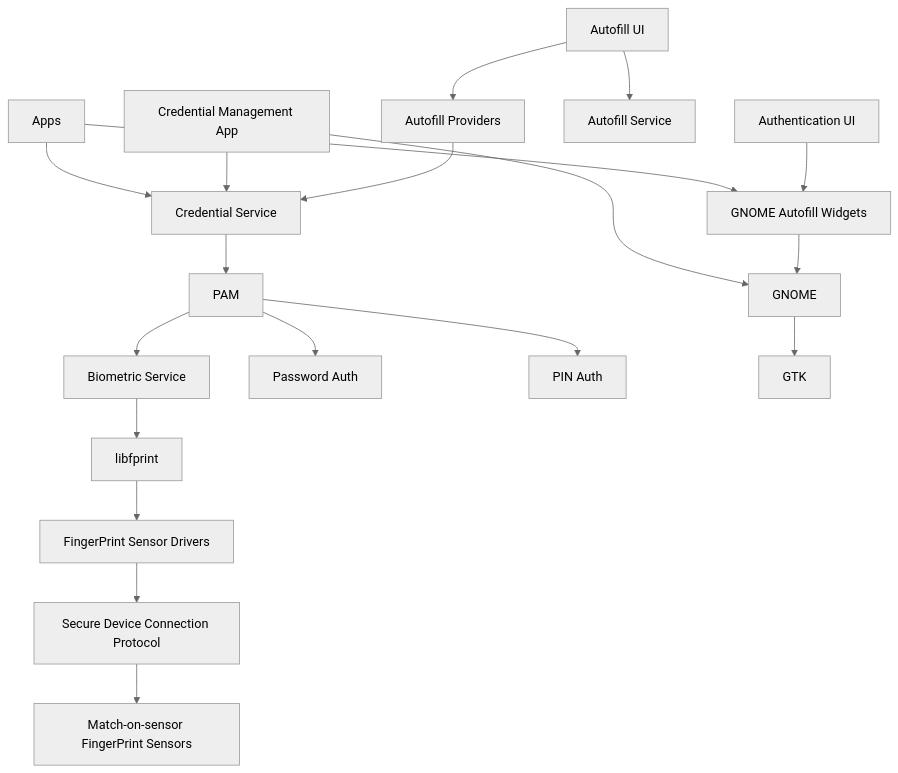
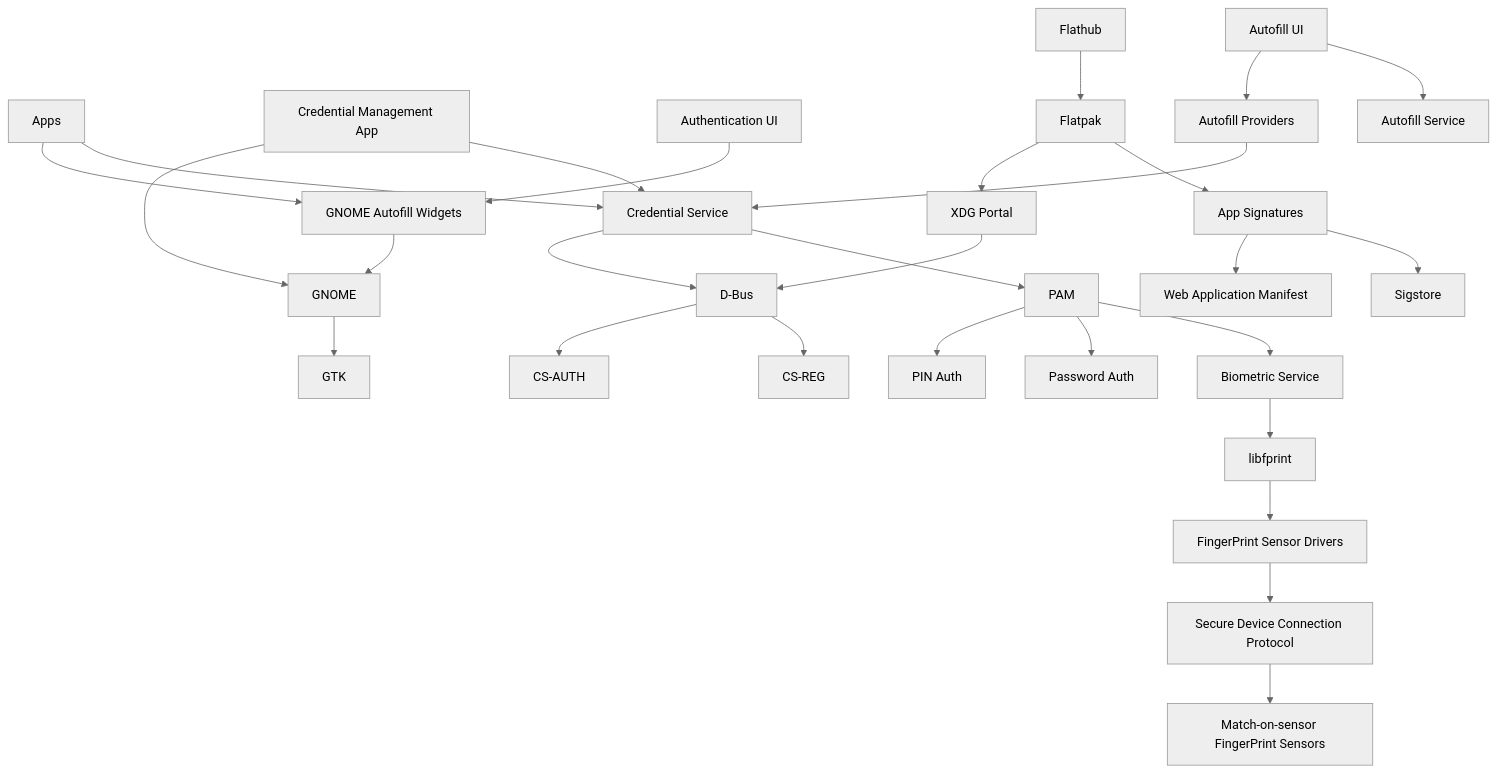
The diagram in ecosystem.md (iinuwa/linux-webauthn-platform-api), drawn with Mermaid (neutral theme) before and after one commit. The commit also changed 1 other file, not shown here.

Commit message:
more docs

````diff
--- a/ecosystem.md
+++ b/ecosystem.md
@@ -1,46 +1,64 @@
 ```mermaid
 graph
   Apps;
   CS[Credential Service];
   CMA[Credential Management App];
 
   AuthUI[Authentication UI];
 
   AFS[Autofill Service];
   AFP[Autofill Providers];
   AFUI[Autofill UI];
 
   FPD[FingerPrint Sensor Drivers]
   SDCP[Secure Device Connection Protocol];
   FPS[Match-on-sensor FingerPrint Sensors];
   BIO[Biometric Service];
   PAM;
   GNOME-AFW[GNOME Autofill Widgets];
 
   PWAuth[Password Auth]
   PinAuth[PIN Auth]
+  Flatpak;
+  Flathub;
+  SIGN[App Signatures];
+  Sigstore;
+  WAF[Web Application Manifest];
+
+  XDGP[XDG Portal];
+  DBUS[D-Bus];
 
 
   Apps-->CS;
   Apps-->GNOME-AFW;
   CMA-->CS;
   CMA-->GNOME;
 
   AuthUI-->GNOME-AFW;
   GNOME-AFW-->GNOME;
   GNOME-->GTK;
   AFUI-->AFS;
   AFUI-->AFP;
 
   AFP-->CS;
 
   CS-->PAM;
   PAM-->BIO;
   BIO-->libfprint;
   libfprint-->FPD;
   FPD-->SDCP;
   SDCP-->FPS;
 
   PAM-->PWAuth;
   PAM-->PinAuth;
+
+  Flathub -->Flatpak;
+  Flatpak-->SIGN;
+  SIGN-->Sigstore;
+  SIGN-->WAF;
+  Flatpak-->XDGP;
+  XDGP-->DBUS;
+  DBUS-->CS-REG;
+  DBUS-->CS-AUTH;
+  CS-->DBUS;
 ```
````
